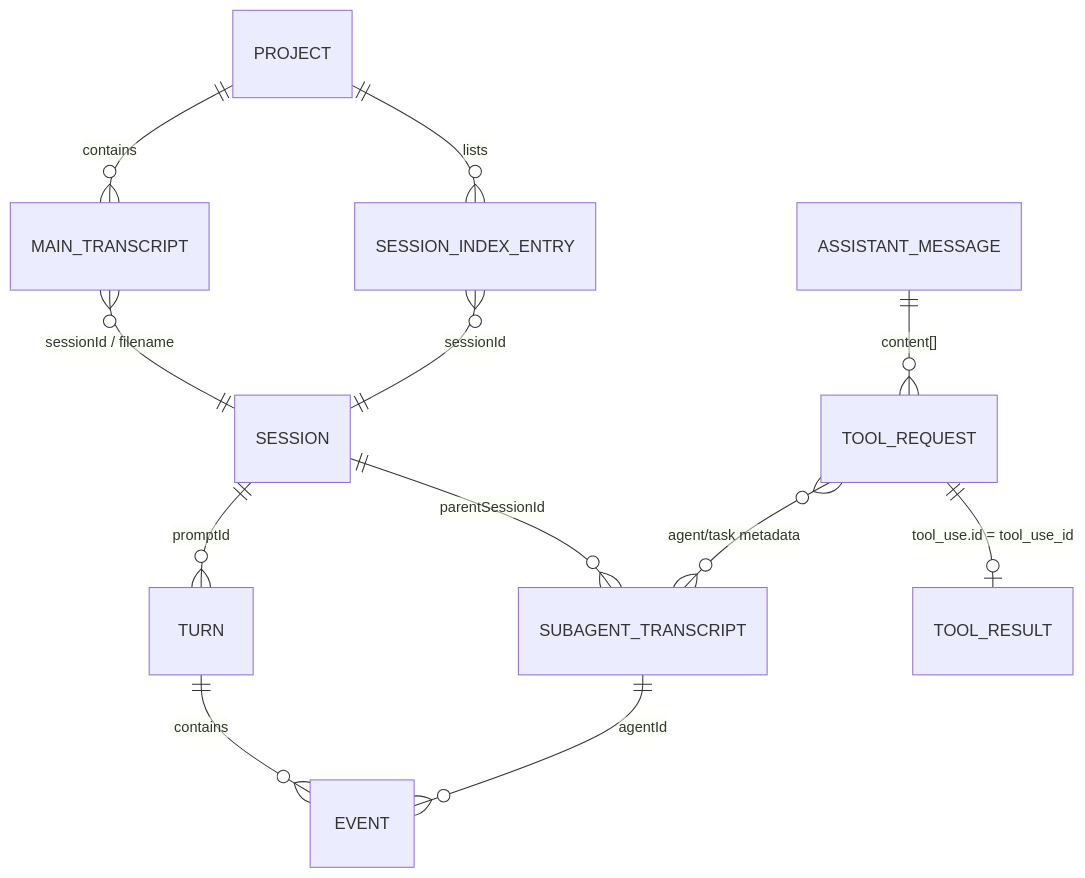
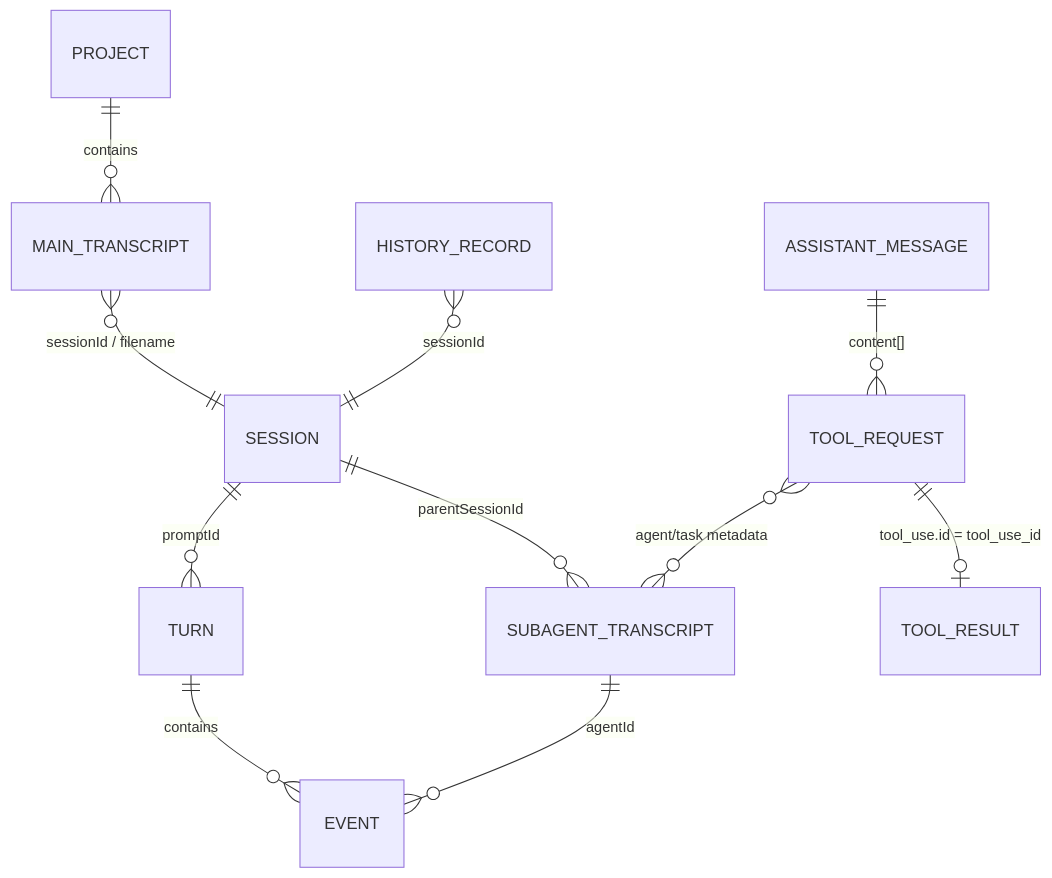
The second of 4 diagrams in docs/session_claude.md (chrisnas/HarnessSpy), drawn with Mermaid before and after one commit. The commit also changed other lines of this file and 4 other files, not shown here.

````diff
--- a/docs/session_claude.md
+++ b/docs/session_claude.md
@@ -233,14 +179,13 @@
 ```mermaid
 erDiagram
-    PROJECT ||--o{ SESSION_INDEX_ENTRY : lists
     PROJECT ||--o{ MAIN_TRANSCRIPT : contains
-    SESSION_INDEX_ENTRY }o--|| SESSION : "sessionId"
     MAIN_TRANSCRIPT }o--|| SESSION : "sessionId / filename"
+    HISTORY_RECORD }o--|| SESSION : "sessionId"
     SESSION ||--o{ SUBAGENT_TRANSCRIPT : "parentSessionId"
     SUBAGENT_TRANSCRIPT ||--o{ EVENT : "agentId"
     SESSION ||--o{ TURN : "promptId"
     TURN ||--o{ EVENT : contains
     ASSISTANT_MESSAGE ||--o{ TOOL_REQUEST : "content[]"
     TOOL_REQUEST ||--o| TOOL_RESULT : "tool_use.id = tool_use_id"
     TOOL_REQUEST }o--o{ SUBAGENT_TRANSCRIPT : "agent/task metadata"
 ```
````
